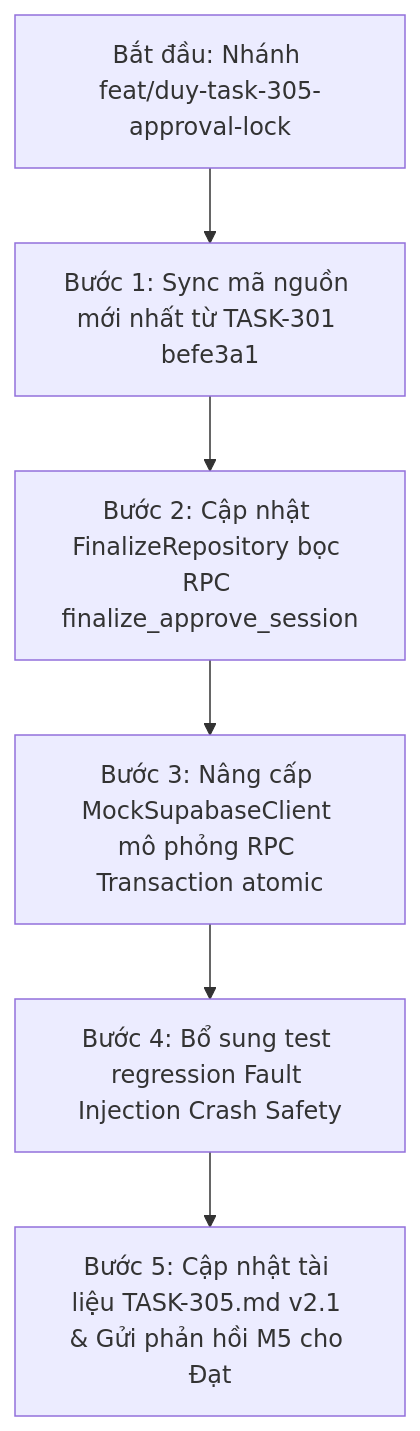
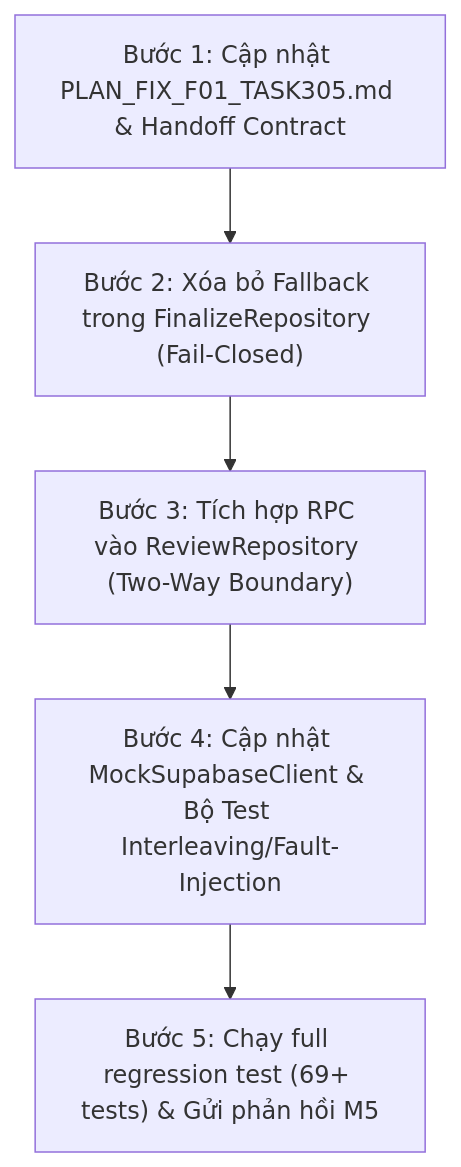
One commit to Computational-Thinking-Project/isomorphic-exam-synthesizer changed the third of 3 diagrams in docs/tasks/PLAN_FIX_F01_TASK305.md. Above: the diagram before and after it, drawn with Mermaid. The commit also changed other lines of this file and 6 other files, not shown here.

Commit message:
fix(finalize): enforce two-way atomic locking and strict fail-closed policy (F01) [TASK-305]

````diff
--- a/docs/tasks/PLAN_FIX_F01_TASK305.md
+++ b/docs/tasks/PLAN_FIX_F01_TASK305.md
@@ -223,8 +422,7 @@
 ```mermaid
-flowchart TD
-    A[Bắt đầu: Nhánh feat/duy-task-305-approval-lock] --> B[Bước 1: Sync mã nguồn mới nhất từ TASK-301 befe3a1]
-    B --> C[Bước 2: Cập nhật FinalizeRepository bọc RPC finalize_approve_session]
-    C --> D[Bước 3: Nâng cấp MockSupabaseClient mô phỏng RPC Transaction atomic]
-    D --> E[Bước 4: Bổ sung test regression Fault Injection Crash Safety]
-    E --> F[Bước 5: Cập nhật tài liệu TASK-305.md v2.1 & Gửi phản hồi M5 cho Đạt]
+graph TD
+    S1["Bước 1: Cập nhật PLAN_FIX_F01_TASK305.md & Handoff Contract"] --> S2["Bước 2: Xóa bỏ Fallback trong FinalizeRepository (Fail-Closed)"]
+    S2 --> S3["Bước 3: Tích hợp RPC vào ReviewRepository (Two-Way Boundary)"]
+    S3 --> S4["Bước 4: Cập nhật MockSupabaseClient & Bộ Test Interleaving/Fault-Injection"]
+    S4 --> S5["Bước 5: Chạy full regression test (69+ tests) & Gửi phản hồi M5"]
 ```
````
